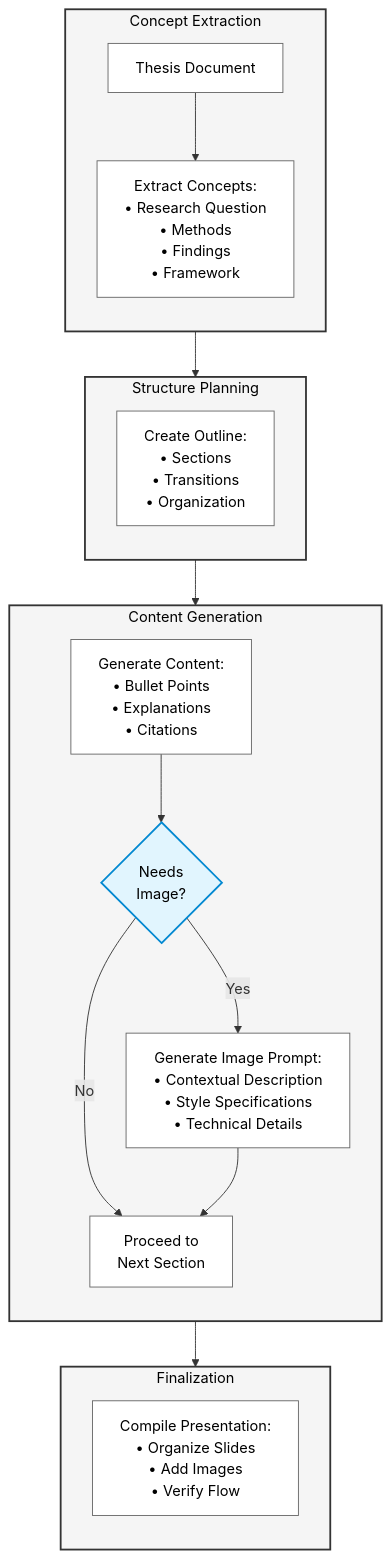
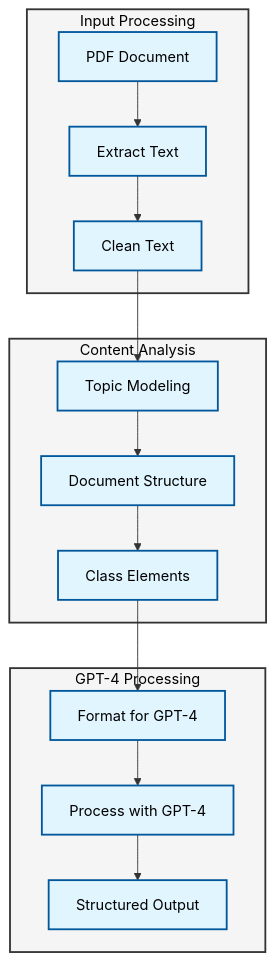
One commit to KDIncognito/slideCreator changed the diagram in flow.mmd. Above: the diagram before and after it, drawn with Mermaid. The commit also changed 7 other files, not shown here.

```diff
--- a/flow.mmd
+++ b/flow.mmd
@@ -1,55 +1,24 @@
 flowchart TD
-    subgraph Phase1["Concept Extraction"]
-        direction TB
-        Doc[Thesis Document] --> Extract["Extract Concepts:
-        • Research Question
-        • Methods
-        • Findings
-        • Framework"]
+    subgraph Input["Input Processing"]
+        PDF[PDF Document] --> Extract[Extract Text]
+        Extract --> Clean[Clean Text]
     end
     
-    subgraph Phase2["Structure Planning"]
-        direction TB
-        Extract --> Outline["Create Outline:
-        • Sections
-        • Transitions
-        • Organization"]
+    subgraph Analysis["Content Analysis"]
+        Clean --> Topics[Topic Modeling]
+        Topics --> Structure[Document Structure]
+        Structure --> Elements[Class Elements]
     end
     
-    subgraph Phase3["Content Generation"]
-        direction TB
-        Outline --> Content["Generate Content:
-        • Bullet Points
-        • Explanations
-        • Citations"]
-        
-        Content --> NeedImage{"Needs
-        Image?"}
-        
-        NeedImage -->|Yes| Generate["Generate Image Prompt:
-        • Contextual Description
-        • Style Specifications
-        • Technical Details"]
-        
-        NeedImage -->|No| NextContent["Proceed to
-        Next Section"]
-        
-        Generate --> NextContent
-    end
-    
-    subgraph Phase4["Finalization"]
-        direction TB
-        NextContent --> Final["Compile Presentation:
-        • Organize Slides
-        • Add Images
-        • Verify Flow"]
+    subgraph GPT["GPT-4 Processing"]
+        Elements --> Format[Format for GPT-4]
+        Format --> Process[Process with GPT-4]
+        Process --> Output[Structured Output]
     end
     
     %% Styling
-    classDef phase fill:#f5f5f5,stroke:#333,stroke-width:2px,color:#000000
-    classDef decision fill:#e1f5fe,stroke:#0288d1,stroke-width:2px,color:#000000
-    classDef process fill:#ffffff,stroke:#666,stroke-width:1px,color:#000000
+    classDef process fill:#e1f5fe,stroke:#01579b,stroke-width:2px,color:#000000
+    classDef group fill:#f5f5f5,stroke:#333,stroke-width:2px,color:#000000
     
-    class Phase1,Phase2,Phase3,Phase4 phase
-    class NeedImage decision
-    class Doc,Extract,Outline,Content,Generate,NextContent,Final process
+    class PDF,Extract,Clean,Topics,Structure,Elements,Format,Process,Output process
+    class Input,Analysis,GPT group
```
